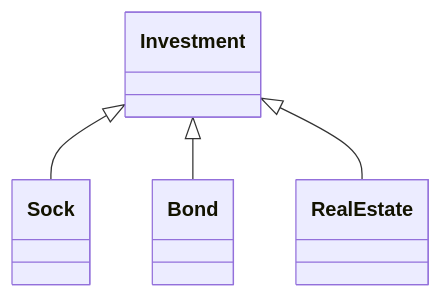
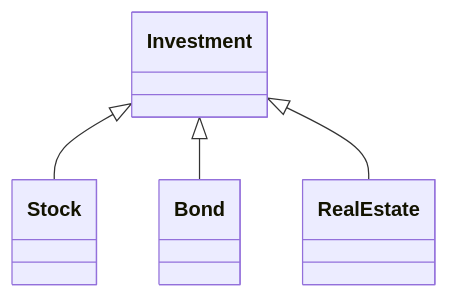
The diagram in 4.SmartPointers/item18.md (CnTransGroup/EffectiveModernCppChinese), drawn with Mermaid before and after one commit. The commit also changed other lines of this file, not shown here.

````diff
--- a/4.SmartPointers/item18.md
+++ b/4.SmartPointers/item18.md
@@ -39,6 +39,6 @@
 ```mermaid
 classDiagram
-	Investment <|-- Sock
+	Investment <|-- Stock
 	Investment <|-- Bond
 	Investment <|-- RealEstate
 ```
````
